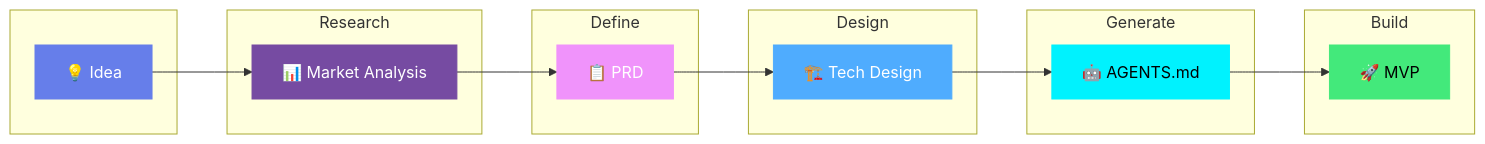
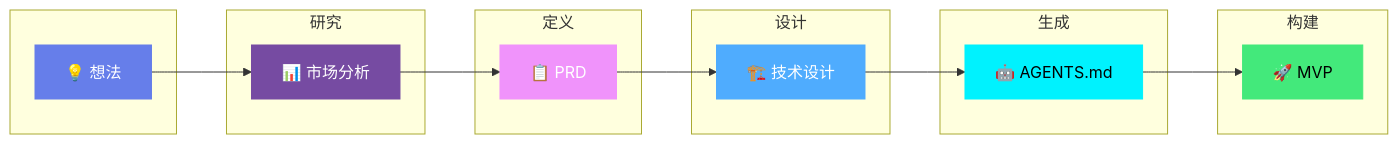
One commit to lihaimin0821/vibe-coding-prompt-template-cn changed the diagram in README.md. Above: the diagram before and after it, drawn with Mermaid. The commit also changed other lines of this file and 34 other files, not shown here.

````diff
--- a/README.md
+++ b/README.md
@@ -65,35 +70,35 @@
 ```mermaid
 flowchart LR
     subgraph Phase1[" "]
-        A[💡 Idea]
+        A[💡 想法]
     end
 
-    subgraph Phase2["Research"]
-        B[📊 Market Analysis]
+    subgraph Phase2["研究"]
+        B[📊 市场分析]
     end
 
-    subgraph Phase3["Define"]
+    subgraph Phase3["定义"]
         C[📋 PRD]
     end
 
-    subgraph Phase4["Design"]
-        D[🏗️ Tech Design]
+    subgraph Phase4["设计"]
+        D[🏗️ 技术设计]
     end
 
-    subgraph Phase5["Generate"]
+    subgraph Phase5["生成"]
         E[🤖 AGENTS.md]
     end
 
-    subgraph Phase6["Build"]
+    subgraph Phase6["构建"]
         F[🚀 MVP]
     end
 
     A --> B --> C --> D --> E --> F
 
     style A fill:#667eea,stroke:#667eea,color:#fff
     style B fill:#764ba2,stroke:#764ba2,color:#fff
     style C fill:#f093fb,stroke:#f093fb,color:#fff
     style D fill:#4facfe,stroke:#4facfe,color:#fff
     style E fill:#00f2fe,stroke:#00f2fe,color:#000
     style F fill:#43e97b,stroke:#43e97b,color:#000
 ```
````
